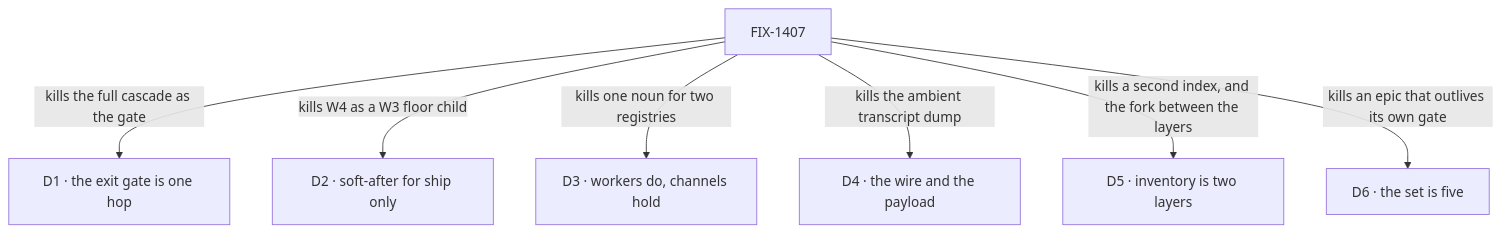
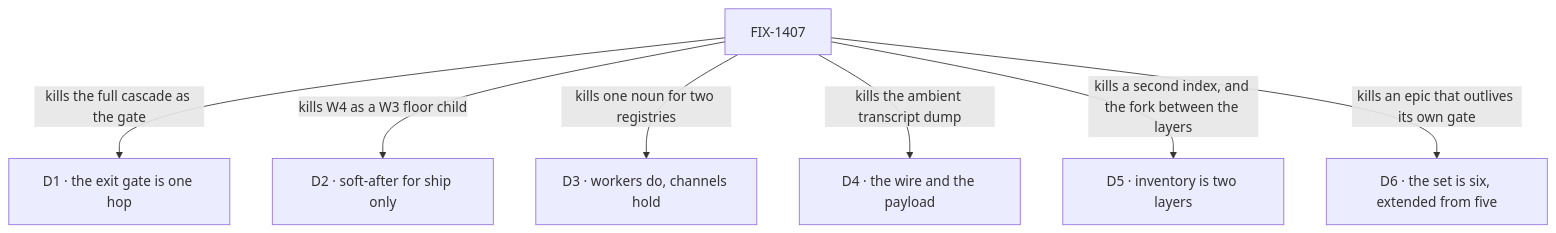
Before and after one commit to fixpoint-labs/flow-state-dev: the diagram in spec/_epics/work-routing-package-cohesion/DECISIONS.md, drawn with Mermaid. The commit also changed other lines of this file and 5 other files, not shown here.

````diff
--- a/spec/_epics/work-routing-package-cohesion/DECISIONS.md
+++ b/spec/_epics/work-routing-package-cohesion/DECISIONS.md
@@ -20,9 +20,9 @@
 ```mermaid
 flowchart TD
   E["FIX-1407"] -->|"kills the full cascade as the gate"| D1["D1 · the exit gate is one hop"]
   E -->|"kills W4 as a W3 floor child"| D2["D2 · soft-after for ship only"]
   E -->|"kills one noun for two registries"| D3["D3 · workers do, channels hold"]
   E -->|"kills the ambient transcript dump"| D4["D4 · the wire and the payload"]
   E -->|"kills a second index, and the fork between the layers"| D5["D5 · inventory is two layers"]
-  E -->|"kills an epic that outlives its own gate"| D6["D6 · the set is five"]
+  E -->|"kills an epic that outlives its own gate"| D6["D6 · the set is six, extended from five"]
 ```
````
